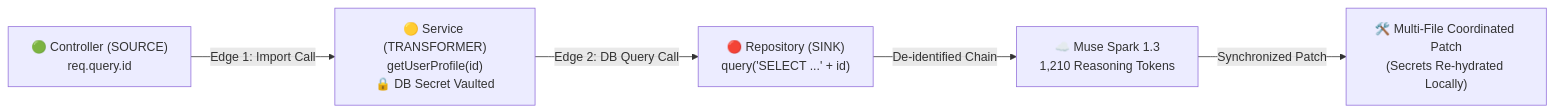
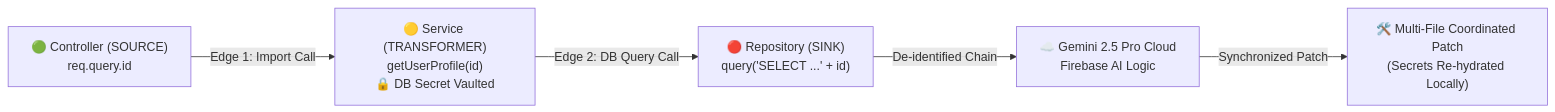
The second of 2 diagrams in README.md (genda-benjamin/sentinel-hybrid-ai), drawn with Mermaid before and after one commit. The commit also changed other lines of this file and 18 other files, not shown here.

First line of the commit message:
feat(day-1): purge unauthorized AI providers and wire Firebase AI Logic exclusively

````diff
--- a/README.md
+++ b/README.md
@@ -162,7 +160,7 @@
 ```mermaid
 flowchart LR
     Source["🟢 Controller (SOURCE)<br/>req.query.id"] -->|Edge 1: Import Call| Service["🟡 Service (TRANSFORMER)<br/>getUserProfile(id)<br/>🔒 DB Secret Vaulted"]
     Service -->|Edge 2: DB Query Call| Sink["🔴 Repository (SINK)<br/>query('SELECT ...' + id)"]
-    Sink -->|De-identified Chain| Cloud["☁️ Muse Spark 1.3<br/>1,210 Reasoning Tokens"]
+    Sink -->|De-identified Chain| Cloud["☁️ Gemini 2.5 Pro Cloud<br/>Firebase AI Logic"]
     Cloud -->|Synchronized Patch| LocalFix["🛠️ Multi-File Coordinated Patch<br/>(Secrets Re-hydrated Locally)"]
 ```
````
